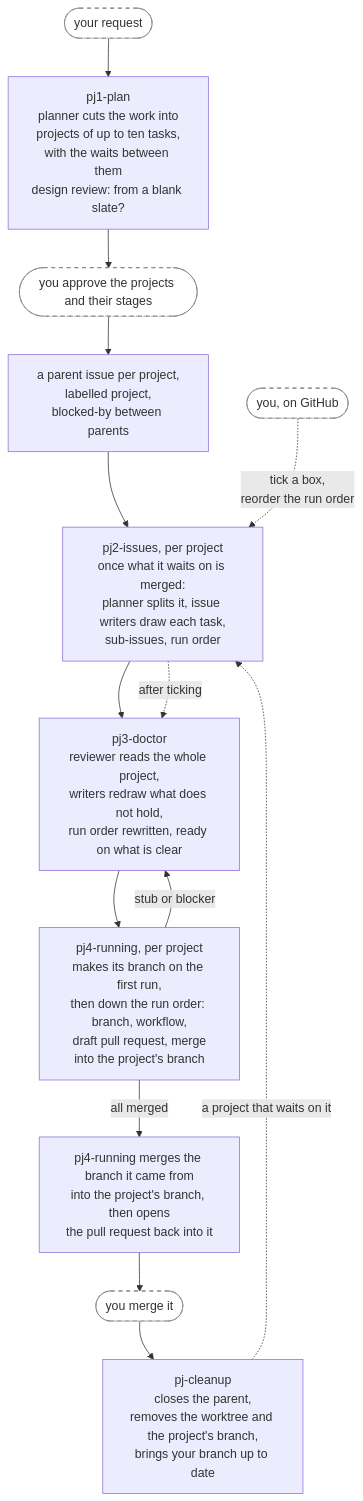
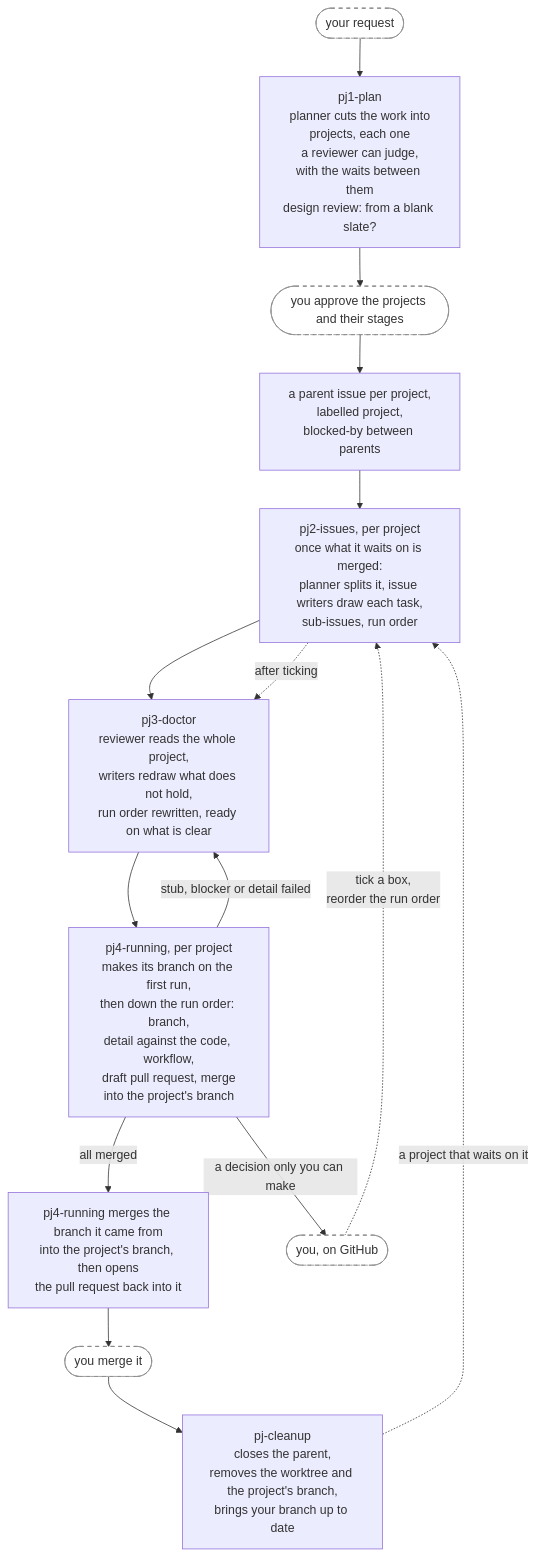
The third of 4 diagrams in plugins/annetaan/README.md (annetaan/claude-plugins), drawn with Mermaid before and after one commit. The commit also changed other lines of this file and 32 other files, not shown here.

First line of the commit message:
feat: split work by coupling and review accuracy, and detail each sub-issue before it runs (#77)

````diff
--- a/plugins/annetaan/README.md
+++ b/plugins/annetaan/README.md
@@ -318,18 +320,19 @@
 ```mermaid
 flowchart TD
-    req(["your request"]) --> plan["pj1-plan<br/>planner cuts the work into<br/>projects of up to ten tasks,<br/>with the waits between them<br/>design review: from a blank slate?"]
+    req(["your request"]) --> plan["pj1-plan<br/>planner cuts the work into<br/>projects, each one<br/>a reviewer can judge,<br/>with the waits between them<br/>design review: from a blank slate?"]
     plan --> approve(["you approve the projects and their stages"]) --> filed["a parent issue per project,<br/>labelled project,<br/>blocked-by between parents"]
     filed --> split["pj2-issues, per project<br/>once what it waits on is merged:<br/>planner splits it, issue writers draw each task,<br/>sub-issues, run order"]
     split --> doctor["pj3-doctor<br/>reviewer reads the whole project,<br/>writers redraw what does not hold,<br/>run order rewritten, ready on what is clear"]
-    doctor --> run["pj4-running, per project<br/>makes its branch on the first run,<br/>then down the run order: branch, workflow,<br/>draft pull request, merge<br/>into the project's branch"]
-    run -->|"stub or blocker"| doctor
+    doctor --> run["pj4-running, per project<br/>makes its branch on the first run,<br/>then down the run order: branch,<br/>detail against the code, workflow,<br/>draft pull request, merge<br/>into the project's branch"]
+    run -->|"stub, blocker or detail failed"| doctor
     run -->|"all merged"| pr["pj4-running merges the branch it came from<br/>into the project's branch, then opens<br/>the pull request back into it"]
     pr --> done(["you merge it"]) --> cleanup["pj-cleanup<br/>closes the parent,<br/>removes the worktree and the project's branch,<br/>brings your branch up to date"]
     cleanup -.->|"a project that waits on it"| split
 
     you(["you, on GitHub"]) -.->|"tick a box,<br/>reorder the run order"| split
+    run -->|"a decision only you can make"| you
     split -.->|"after ticking"| doctor
 
     classDef human fill:#fff,stroke:#888,stroke-dasharray: 5 5
     class req,approve,you,done human
 ```
````
